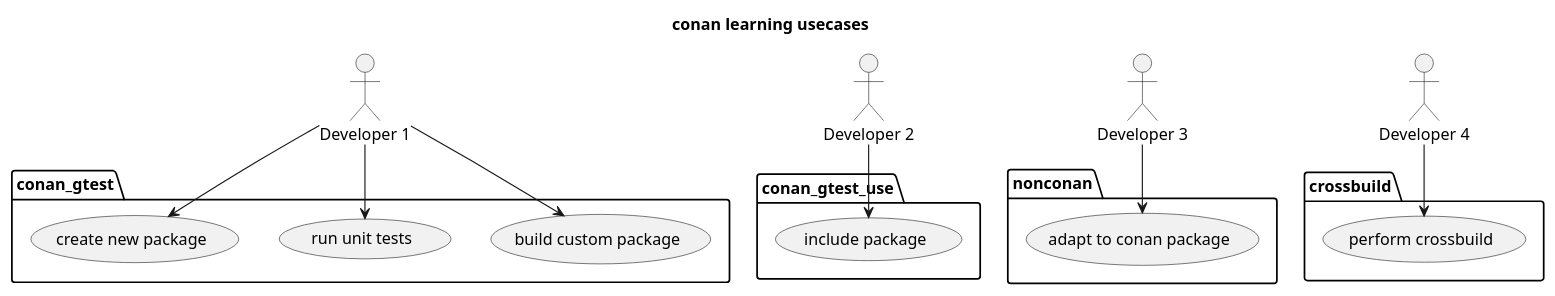
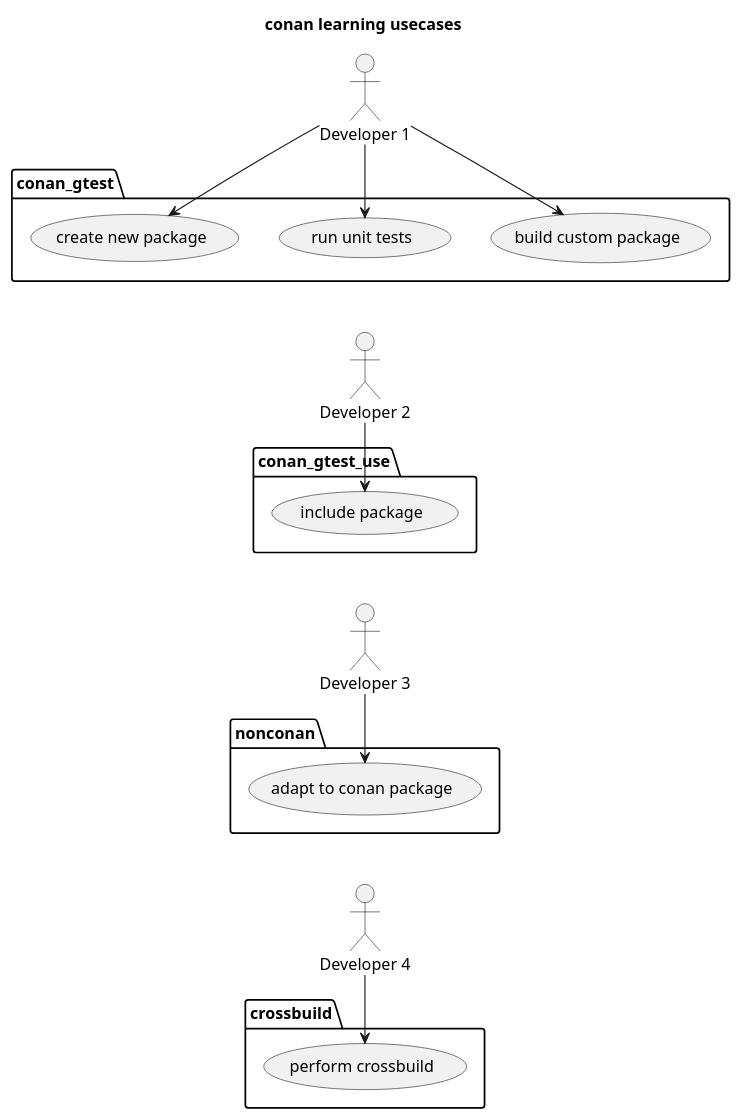
One commit to dragondive/heavens-arena changed the diagram in README.md. Above: the diagram before and after it, drawn with PlantUML.

Commit message:
enclose puml in codeblock and layout gymanastics

````diff
--- a/README.md
+++ b/README.md
@@ -12,36 +12,43 @@
+```plantuml
 @startuml
     title conan learning usecases
 
     actor "Developer 1" as Dev1
     actor "Developer 2" as Dev2
     actor "Developer 3" as Dev3
     actor "Developer 4" as Dev4
 
     package conan_gtest {
         usecase "build custom package" as Build
         usecase "run unit tests" as Test
         usecase "create new package" as Package
     }
 
     package conan_gtest_use {
         usecase "include package" as Include
     }
 
     package nonconan {
         usecase "adapt to conan package" as Adapt
     }
 
     package crossbuild {
         usecase "perform crossbuild" as Crossbuild
     }
 
     Dev1 --> Build
     Dev1 --> Test
     Dev1 --> Package
 
     Dev2 --> Include
 
     Dev3 --> Adapt
 
     Dev4 --> Crossbuild
+
+' hidden connector gymnastics for proper layout of components
+    Test -[hidden]-> Dev2
+    Include -[hidden]-> Dev3
+    Adapt -[hidden]-> Dev4
 @enduml
+```
````
